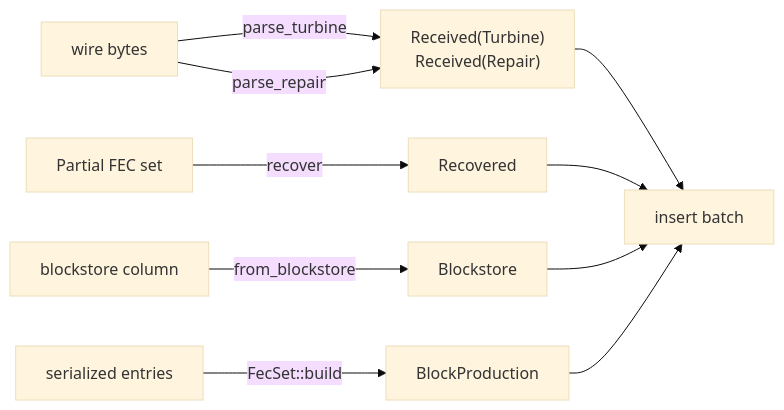
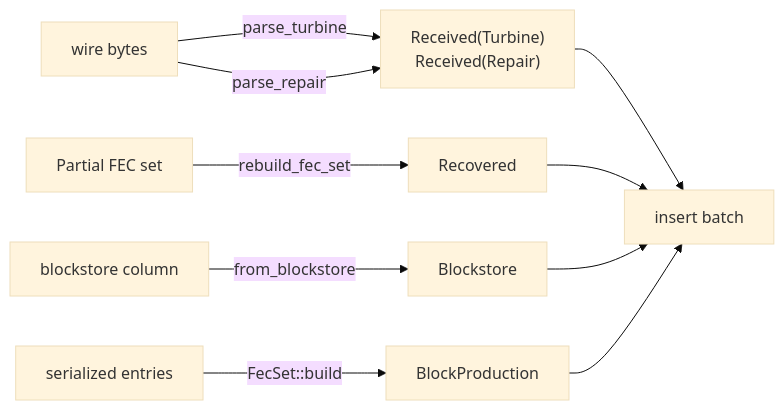
Before and after one commit to anza-xyz/agave: the diagram in shred/doc/provenance.md, drawn with Mermaid (base theme). The commit also changed 9 other files, not shown here.

````diff
--- a/shred/doc/provenance.md
+++ b/shred/doc/provenance.md
@@ -6,13 +6,13 @@
 ```mermaid
 flowchart LR
     wire["wire bytes"] -->|"parse_turbine"| received["Received(Turbine)<br/>Received(Repair)"]
     wire -->|"parse_repair"| received
-    partial["Partial FEC set"] -->|"recover"| recovered["Recovered"]
+    partial["Partial FEC set"] -->|"rebuild_fec_set"| recovered["Recovered"]
     column["blockstore column"] -->|"from_blockstore"| stored["Blockstore"]
     entries["serialized entries"] -->|"FecSet::build"| produced["BlockProduction"]
 
     received --> batch["insert batch"]
     recovered --> batch
     stored --> batch
     produced --> batch
 ```
````
